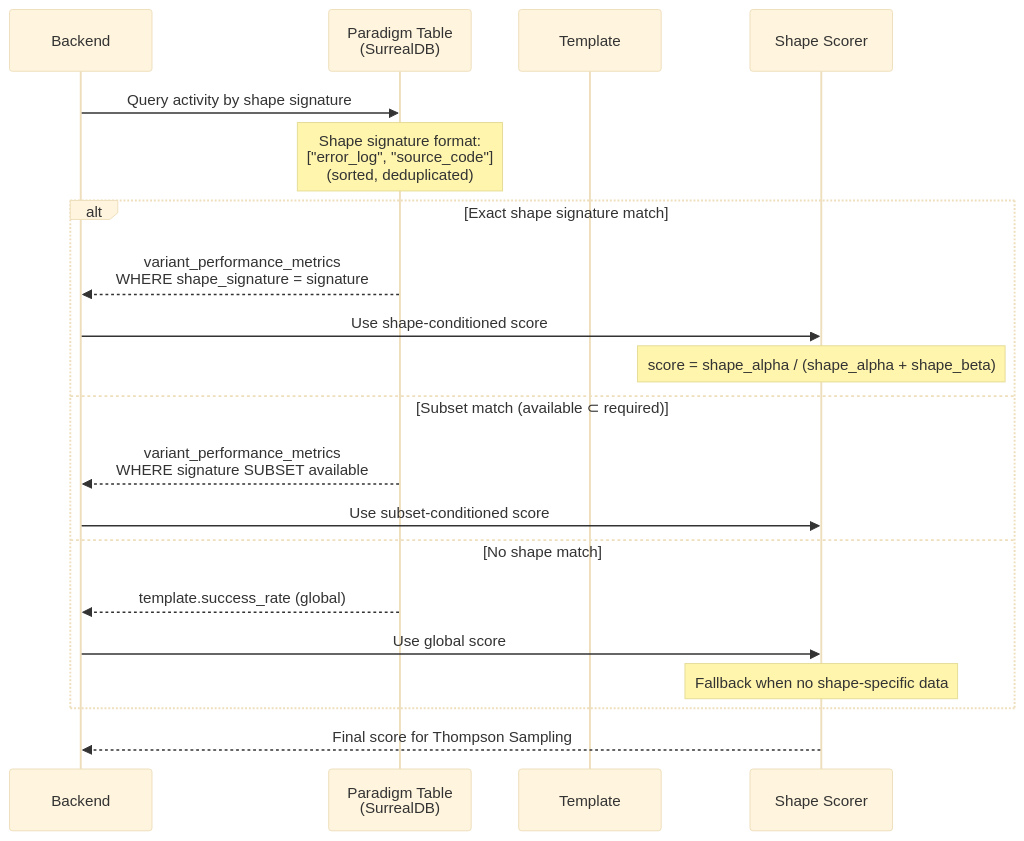
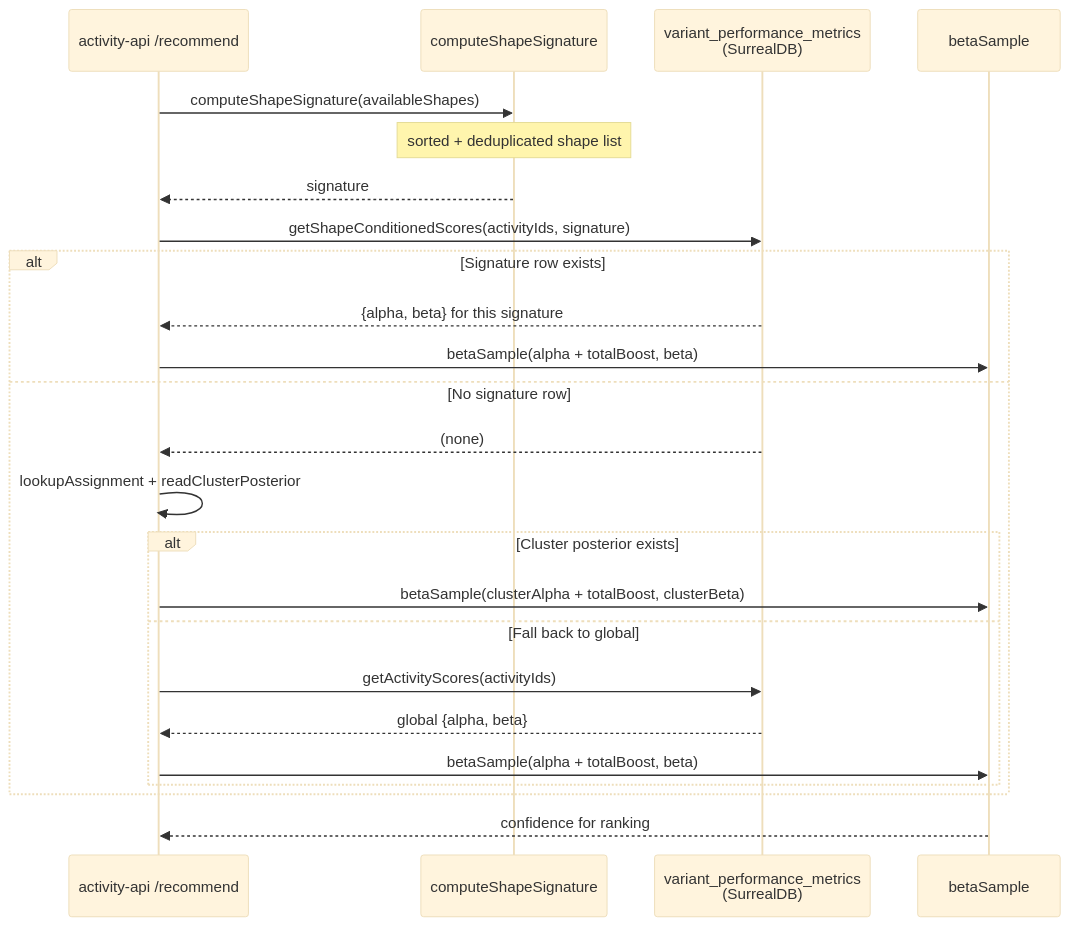
The third of 5 diagrams in docs/architecture/sequences/01-activity-selection.md (AviGopal/substrate), drawn with Mermaid (base theme) before and after one commit. The commit also changed other lines of this file and 43 other files, not shown here.

````diff
--- a/docs/architecture/sequences/01-activity-selection.md
+++ b/docs/architecture/sequences/01-activity-selection.md
@@ -261,25 +144,30 @@
 ```mermaid
 sequenceDiagram
-    participant Backend as Backend
-    participant ParadigmDB as Paradigm Table<br/>(SurrealDB)
-    participant Template as Template
-    participant Scorer as Shape Scorer
+    participant API as activity-api /recommend
+    participant Sig as computeShapeSignature
+    participant DB as variant_performance_metrics<br/>(SurrealDB)
+    participant Score as betaSample
 
-    Backend->>ParadigmDB: Query activity by shape signature
-    Note over ParadigmDB: Shape signature format:<br/>["error_log", "source_code"]<br/>(sorted, deduplicated)
+    API->>Sig: computeShapeSignature(availableShapes)
+    Note over Sig: sorted + deduplicated shape list
+    Sig-->>API: signature
 
-    alt Exact shape signature match
-        ParadigmDB-->>Backend: variant_performance_metrics<br/>WHERE shape_signature = signature
-        Backend->>Scorer: Use shape-conditioned score
-        Note over Scorer: score = shape_alpha / (shape_alpha + shape_beta)
-    else Subset match (available ⊂ required)
-        ParadigmDB-->>Backend: variant_performance_metrics<br/>WHERE signature SUBSET available
-        Backend->>Scorer: Use subset-conditioned score
-    else No shape match
-        ParadigmDB-->>Backend: template.success_rate (global)
-        Backend->>Scorer: Use global score
-        Note over Scorer: Fallback when no shape-specific data
+    API->>DB: getShapeConditionedScores(activityIds, signature)
+
+    alt Signature row exists
+        DB-->>API: {alpha, beta} for this signature
+        API->>Score: betaSample(alpha + totalBoost, beta)
+    else No signature row
+        DB-->>API: (none)
+        API->>API: lookupAssignment + readClusterPosterior
+        alt Cluster posterior exists
+            API->>Score: betaSample(clusterAlpha + totalBoost, clusterBeta)
+        else Fall back to global
+            API->>DB: getActivityScores(activityIds)
+            DB-->>API: global {alpha, beta}
+            API->>Score: betaSample(alpha + totalBoost, beta)
+        end
     end
 
-    Scorer-->>Backend: Final score for Thompson Sampling
+    Score-->>API: confidence for ranking
 ```
````
